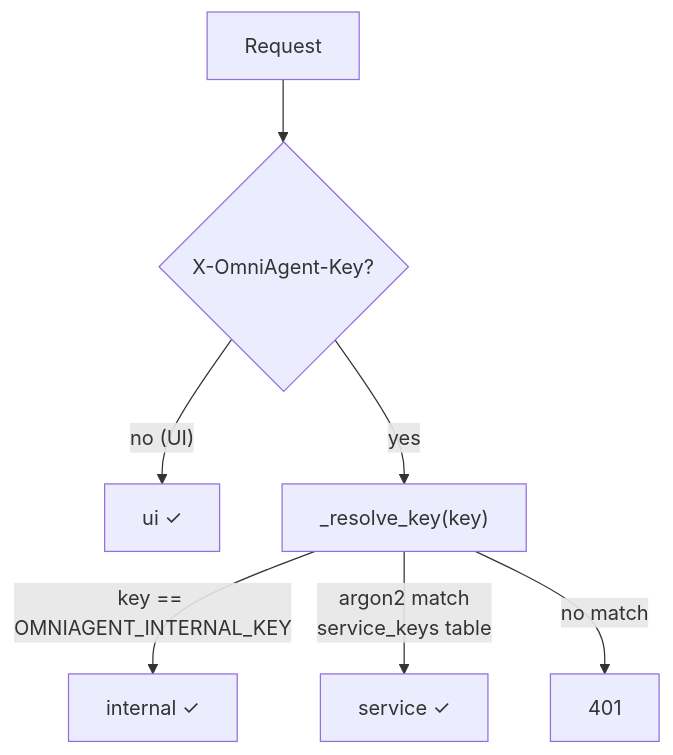
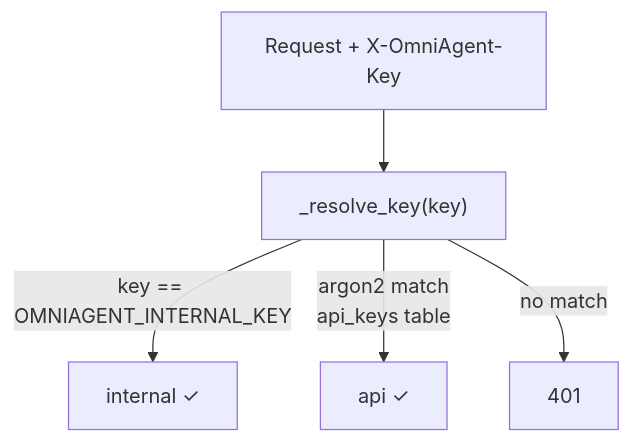
One commit to Sheerabth/omniagent changed the fourth of 5 diagrams in README.md. Above: the diagram before and after it, drawn with Mermaid. The commit also changed other lines of this file and 10 other files, not shown here.

````diff
--- a/README.md
+++ b/README.md
@@ -91,9 +91,7 @@
 ```mermaid
 flowchart TD
-    Req["Request"] --> HasKey{"X-OmniAgent-Key?"}
-    HasKey -->|"no (UI)"| Ui["ui ✓"]
-    HasKey -->|"yes"| Resolve["_resolve_key(key)"]
+    Req["Request + X-OmniAgent-Key"] --> Resolve["_resolve_key(key)"]
     Resolve -->|"key == OMNIAGENT_INTERNAL_KEY"| Internal["internal ✓"]
-    Resolve -->|"argon2 match<br/>service_keys table"| Service["service ✓"]
+    Resolve -->|"argon2 match<br/>api_keys table"| Api["api ✓"]
     Resolve -->|"no match"| Deny["401"]
 ```
````
